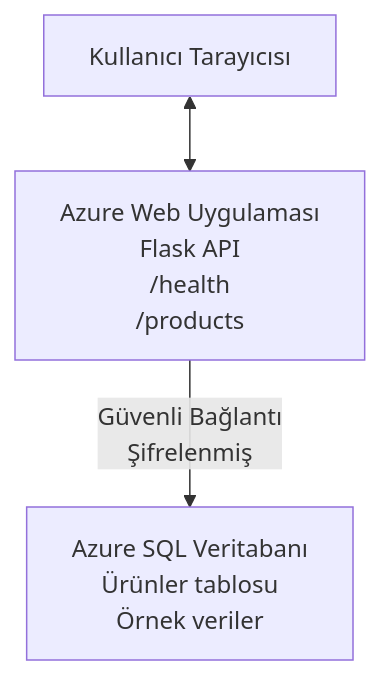
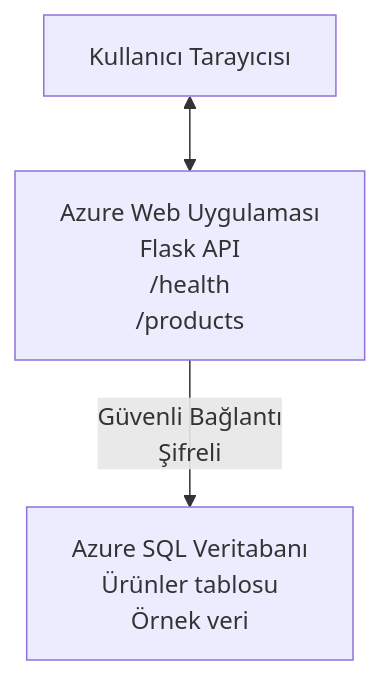
Before and after one commit to microsoft/AZD-for-beginners: the diagram in translations/tr/examples/database-app/README.md, drawn with Mermaid. The commit also changed other lines of this file and 101 other files, not shown here.

````diff
--- a/translations/tr/examples/database-app/README.md
+++ b/translations/tr/examples/database-app/README.md
@@ -72,5 +72,5 @@
 ```mermaid
 graph TD
     Browser[Kullanıcı Tarayıcısı] <--> WebApp[Azure Web Uygulaması<br/>Flask API<br/>/health<br/>/products]
-    WebApp -- Güvenli Bağlantı<br/>Şifrelenmiş --> SQL[Azure SQL Veritabanı<br/>Ürünler tablosu<br/>Örnek veriler]
+    WebApp -- Güvenli Bağlantı<br/>Şifreli --> SQL[Azure SQL Veritabanı<br/>Ürünler tablosu<br/>Örnek veri]
 ```
````
